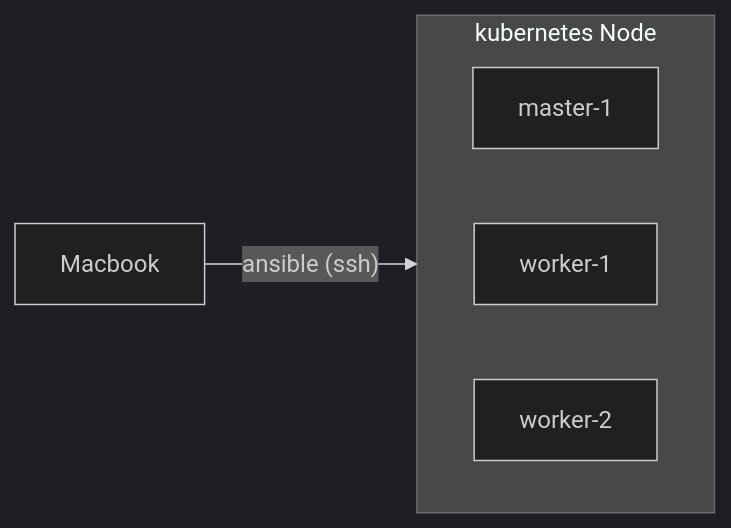
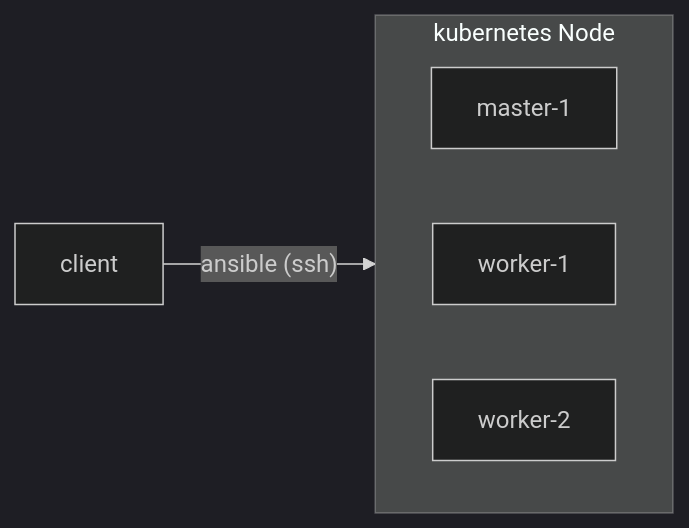
Before and after one commit to kuroweb/k8s: the second of 3 diagrams in README.md, drawn with Mermaid (dark theme). The commit also changed other lines of this file, not shown here.

````diff
--- a/README.md
+++ b/README.md
@@ -53,14 +54,14 @@
 ```mermaid
 graph LR
-  Macbook
+  client
 
   subgraph k8s["kubernetes Node"]
     direction LR
 
     master-1
     worker-1
     worker-2
   end
 
-  Macbook--"ansible (ssh)"-->k8s
+  client--"ansible (ssh)"-->k8s
 ```
````
